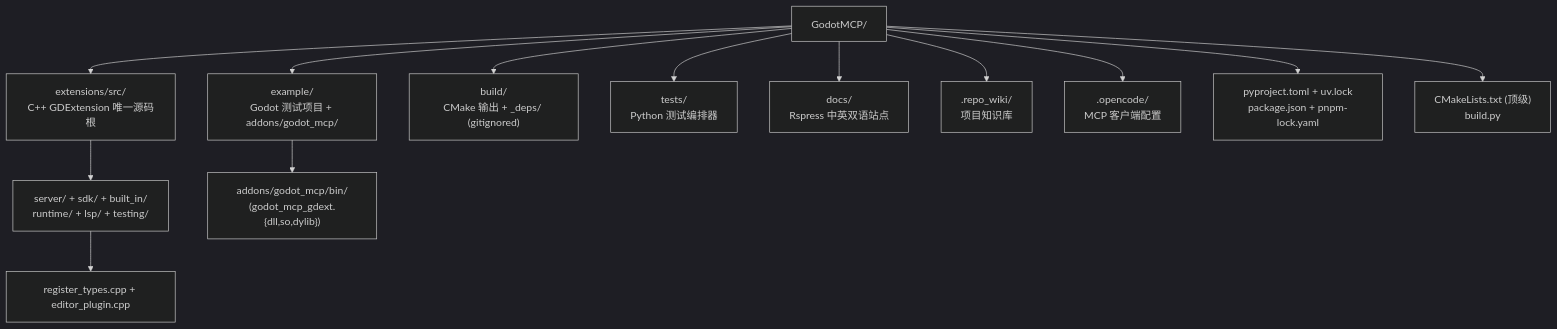
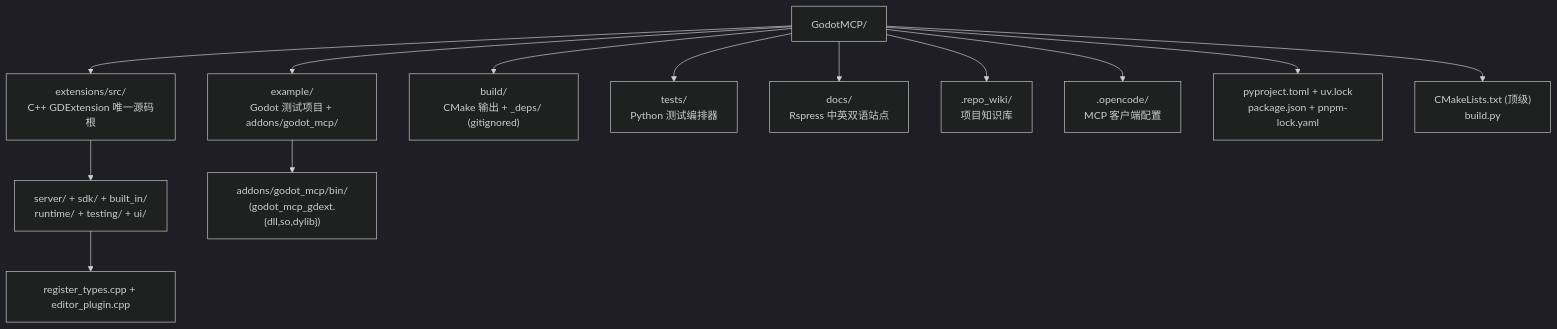
The first of 2 diagrams in .repo_wiki/specification/project-structure.md (jesspig/GodotMCP-GDExtension), drawn with Mermaid (dark theme) before and after one commit. The commit also changed other lines of this file and 15 other files, not shown here.

````diff
--- a/.repo_wiki/specification/project-structure.md
+++ b/.repo_wiki/specification/project-structure.md
@@ -5,16 +5,16 @@
 ```mermaid
 flowchart TB
     Root["GodotMCP/"]
     Root --> Src["extensions/src/<br/>C++ GDExtension 唯一源码根"]
     Root --> Example["example/<br/>Godot 测试项目 + addons/godot_mcp/"]
     Root --> Build["build/<br/>CMake 输出 + _deps/ (gitignored)"]
     Root --> Tests["tests/<br/>Python 测试编排器"]
     Root --> Docs["docs/<br/>Rspress 中英双语站点"]
     Root --> Wiki[".repo_wiki/<br/>项目知识库"]
     Root --> Opencode[".opencode/<br/>MCP 客户端配置"]
     Root --> Pkg["pyproject.toml + uv.lock<br/>package.json + pnpm-lock.yaml"]
     Root --> Cfg["CMakeLists.txt (顶级)<br/>build.py"]
-    Src --> Cpp["server/ + sdk/ + built_in/<br/>runtime/ + lsp/ + testing/"]
+    Src --> Cpp["server/ + sdk/ + built_in/<br/>runtime/ + testing/ + ui/"]
     Cpp --> Entry["register_types.cpp + editor_plugin.cpp"]
     Example --> Bin["addons/godot_mcp/bin/<br/>(godot_mcp_gdext.{dll,so,dylib})"]
 ```
````
